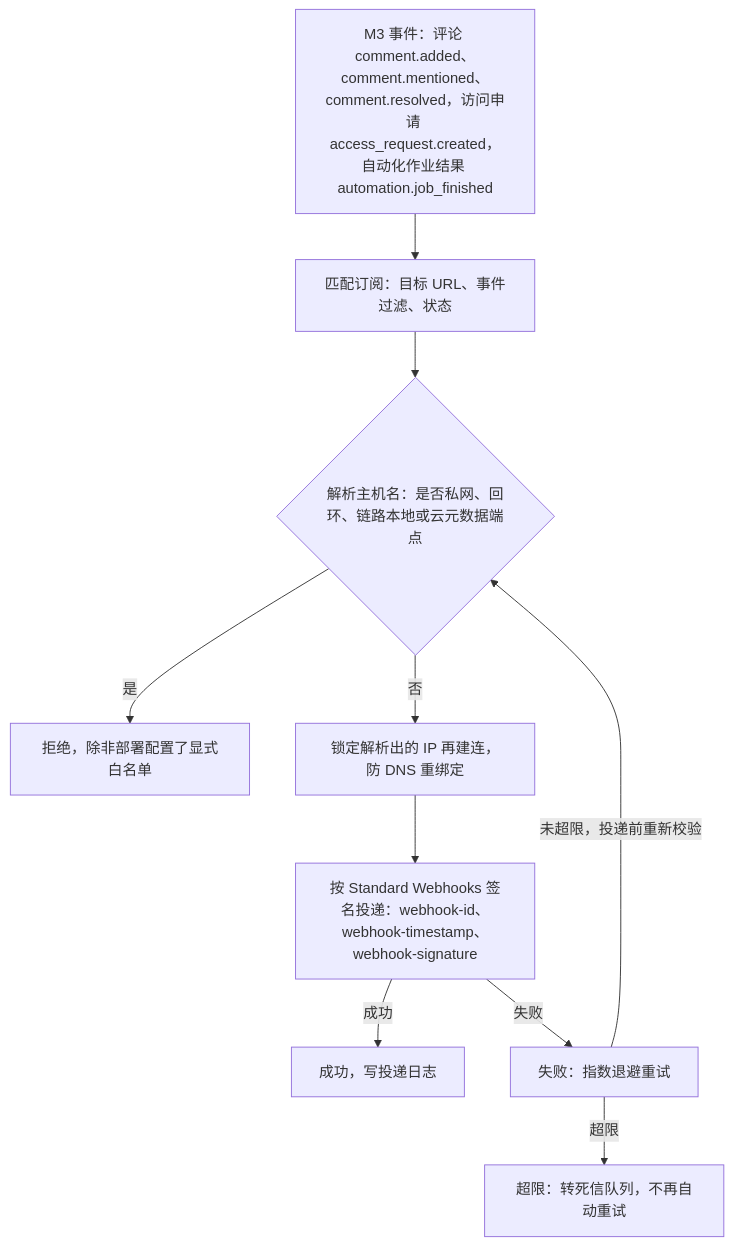
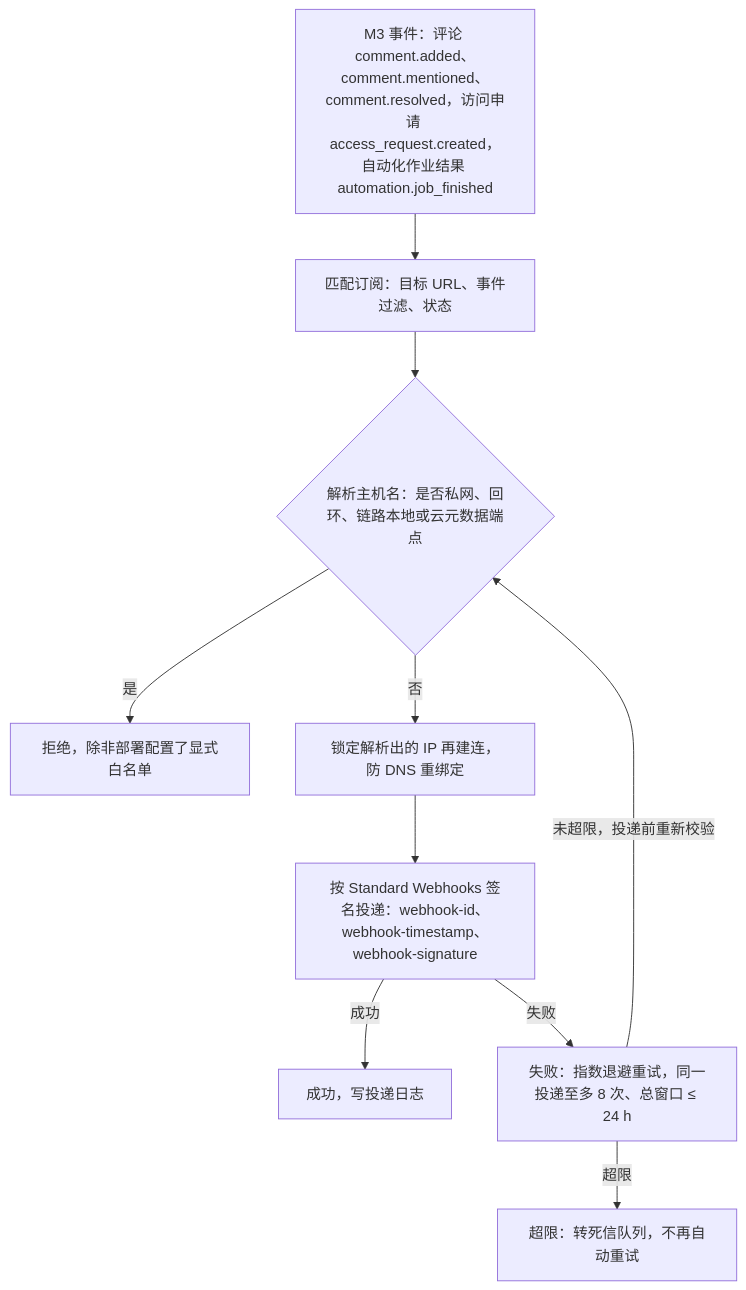
Before and after one commit to Xeonice/cordis-ppt-editor: diagram 14 of 14 in docs/10-prd/03-features/06-server-and-ops.md, drawn with Mermaid. The commit also changed other lines of this file and 19 other files, not shown here.

````diff
--- a/docs/10-prd/03-features/06-server-and-ops.md
+++ b/docs/10-prd/03-features/06-server-and-ops.md
@@ -583,19 +599,19 @@
 ```mermaid
 flowchart TB
   ev["M3 事件：评论 comment.added、comment.mentioned、comment.resolved，访问申请 access_request.created，自动化作业结果 automation.job_finished"]
   sub["匹配订阅：目标 URL、事件过滤、状态"]
   ssrf{"解析主机名：是否私网、回环、链路本地或云元数据端点"}
   block["拒绝，除非部署配置了显式白名单"]
   pin["锁定解析出的 IP 再建连，防 DNS 重绑定"]
   send["按 Standard Webhooks 签名投递：webhook-id、webhook-timestamp、webhook-signature"]
   ok["成功，写投递日志"]
-  retry["失败：指数退避重试"]
+  retry["失败：指数退避重试，同一投递至多 8 次、总窗口 ≤ 24 h"]
   dlq["超限：转死信队列，不再自动重试"]
   ev --> sub --> ssrf
   ssrf -->|"是"| block
   ssrf -->|"否"| pin --> send
   send -->|"成功"| ok
   send -->|"失败"| retry
   retry -->|"未超限，投递前重新校验"| ssrf
   retry -->|"超限"| dlq
 ```
````
